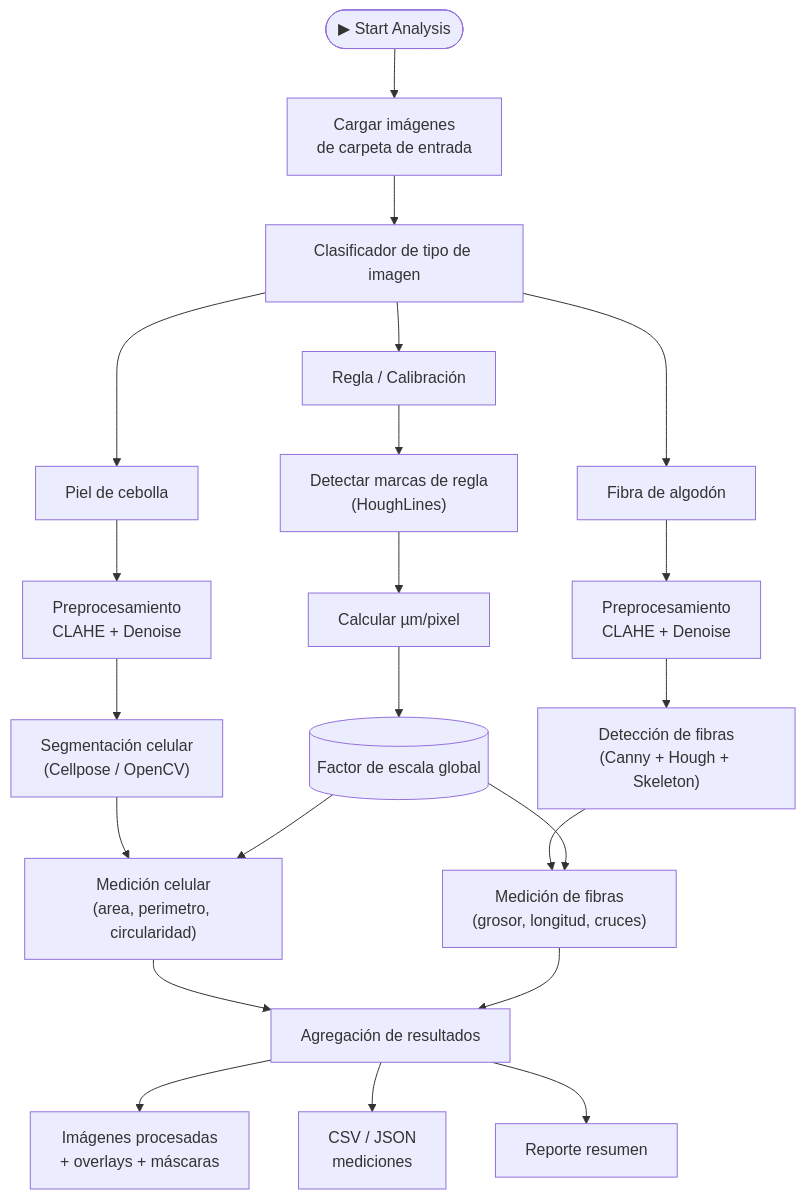
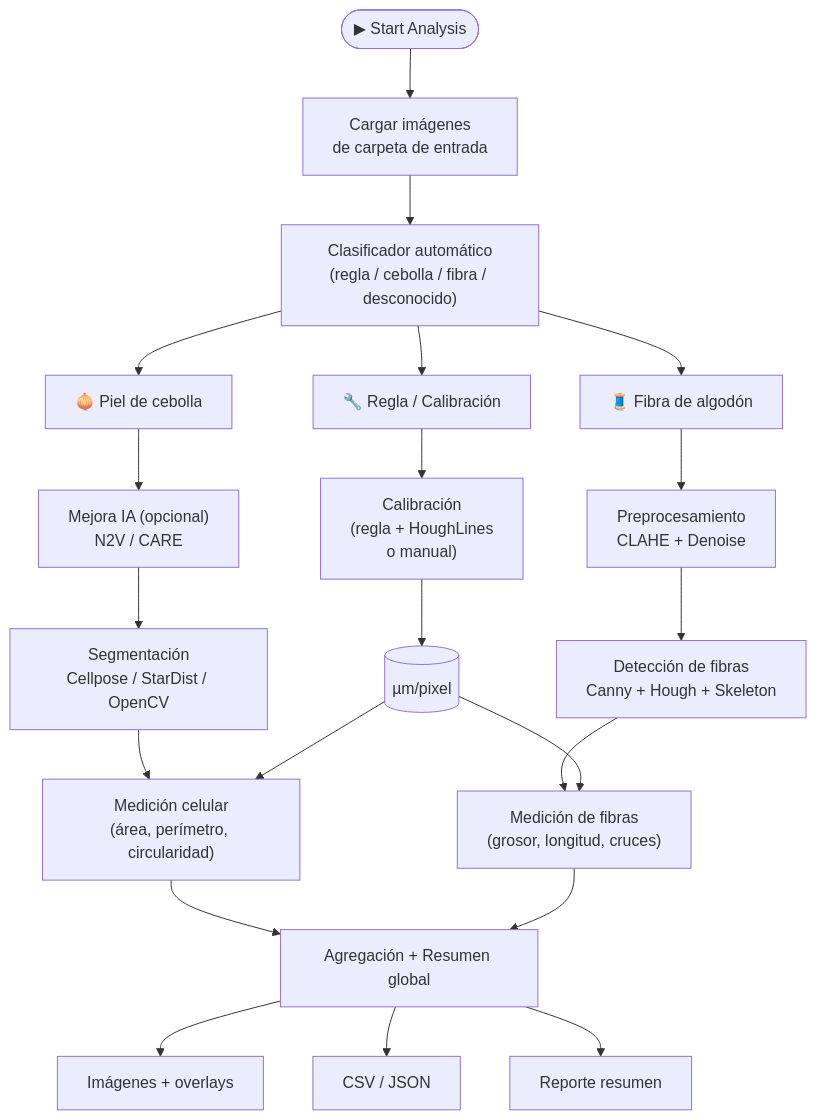
Before and after one commit to JaminYC/CubeSat-EdgeAI-Payload: the diagram in README.md, drawn with Mermaid. The commit also changed other lines of this file and 7 other files, not shown here.

First line of the commit message:
Add AI models (Cellpose, StarDist, N2V, CARE), FPM reconstruction and tabbed GUI

````diff
--- a/README.md
+++ b/README.md
@@ -9,33 +9,32 @@
 ```mermaid
 flowchart TD
     START(["▶ Start Analysis"]) --> LOAD["Cargar imágenes\nde carpeta de entrada"]
 
-    LOAD --> CLASSIFY["Clasificador de tipo de imagen"]
+    LOAD --> CLASSIFY["Clasificador automático\n(regla / cebolla / fibra / desconocido)"]
 
-    CLASSIFY --> R["Regla / Calibración"]
-    CLASSIFY --> O["Piel de cebolla"]
-    CLASSIFY --> F["Fibra de algodón"]
+    CLASSIFY --> R["🔧 Regla / Calibración"]
+    CLASSIFY --> O["🧅 Piel de cebolla"]
+    CLASSIFY --> F["🧵 Fibra de algodón"]
 
-    R --> CAL["Detectar marcas de regla\n(HoughLines)"]
-    CAL --> SCALE["Calcular µm/pixel"]
-    SCALE --> GSCALE[("Factor de escala global")]
+    R --> CAL["Calibración\n(regla + HoughLines\no manual)"]
+    CAL --> SCALE[("µm/pixel")]
 
-    O --> PRE_O["Preprocesamiento\nCLAHE + Denoise"]
-    F --> PRE_F["Preprocesamiento\nCLAHE + Denoise"]
+    O --> ENH_O["Mejora IA (opcional)\nN2V / CARE"]
+    F --> ENH_F["Preprocesamiento\nCLAHE + Denoise"]
 
-    PRE_O --> SEG_O["Segmentación celular\n(Cellpose / OpenCV)"]
-    PRE_F --> SEG_F["Detección de fibras\n(Canny + Hough + Skeleton)"]
+    ENH_O --> SEG_O["Segmentación\nCellpose / StarDist / OpenCV"]
+    ENH_F --> SEG_F["Detección de fibras\nCanny + Hough + Skeleton"]
 
-    SEG_O --> MEAS_O["Medición celular\n(area, perimetro, circularidad)"]
+    SEG_O --> MEAS_O["Medición celular\n(área, perímetro, circularidad)"]
     SEG_F --> MEAS_F["Medición de fibras\n(grosor, longitud, cruces)"]
 
-    GSCALE --> MEAS_O
-    GSCALE --> MEAS_F
+    SCALE --> MEAS_O
+    SCALE --> MEAS_F
 
-    MEAS_O --> AGG["Agregación de resultados"]
+    MEAS_O --> AGG["Agregación + Resumen global"]
     MEAS_F --> AGG
 
-    AGG --> OUT_IMG["Imágenes procesadas\n+ overlays + máscaras"]
-    AGG --> OUT_CSV["CSV / JSON\nmediciones"]
+    AGG --> OUT_IMG["Imágenes + overlays"]
+    AGG --> OUT_CSV["CSV / JSON"]
     AGG --> OUT_RPT["Reporte resumen"]
 ```
````
